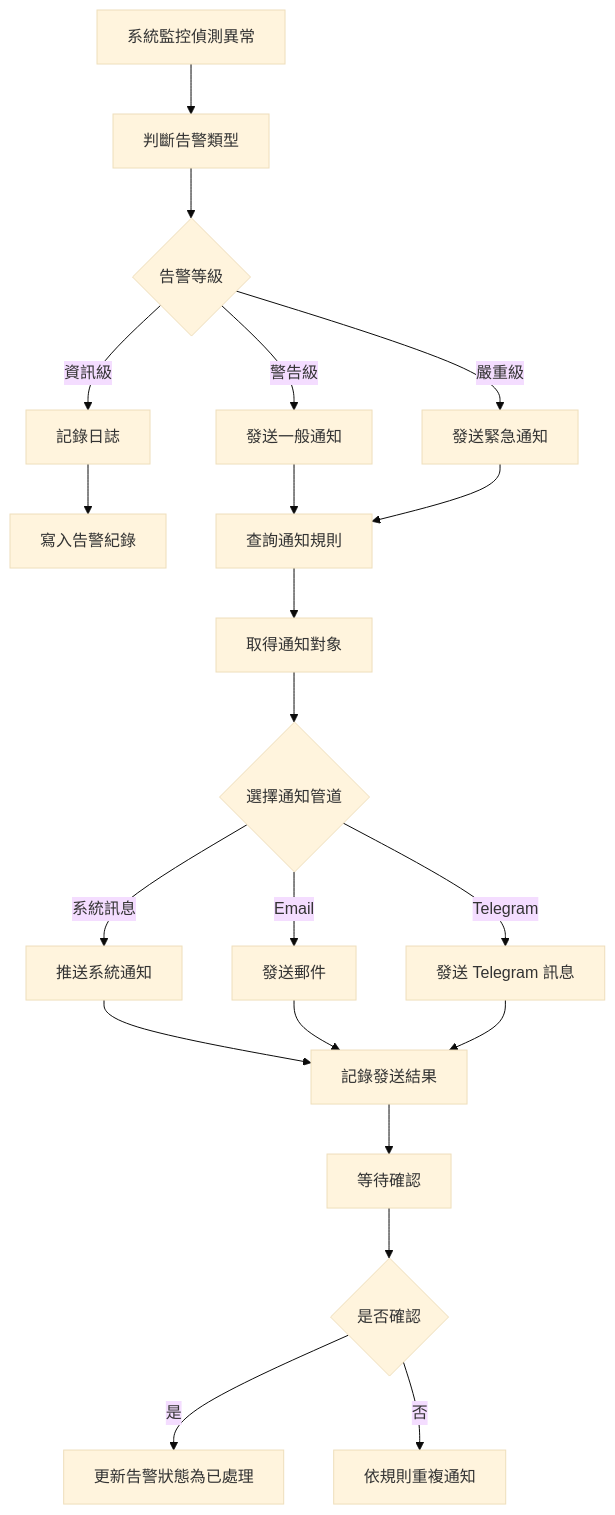
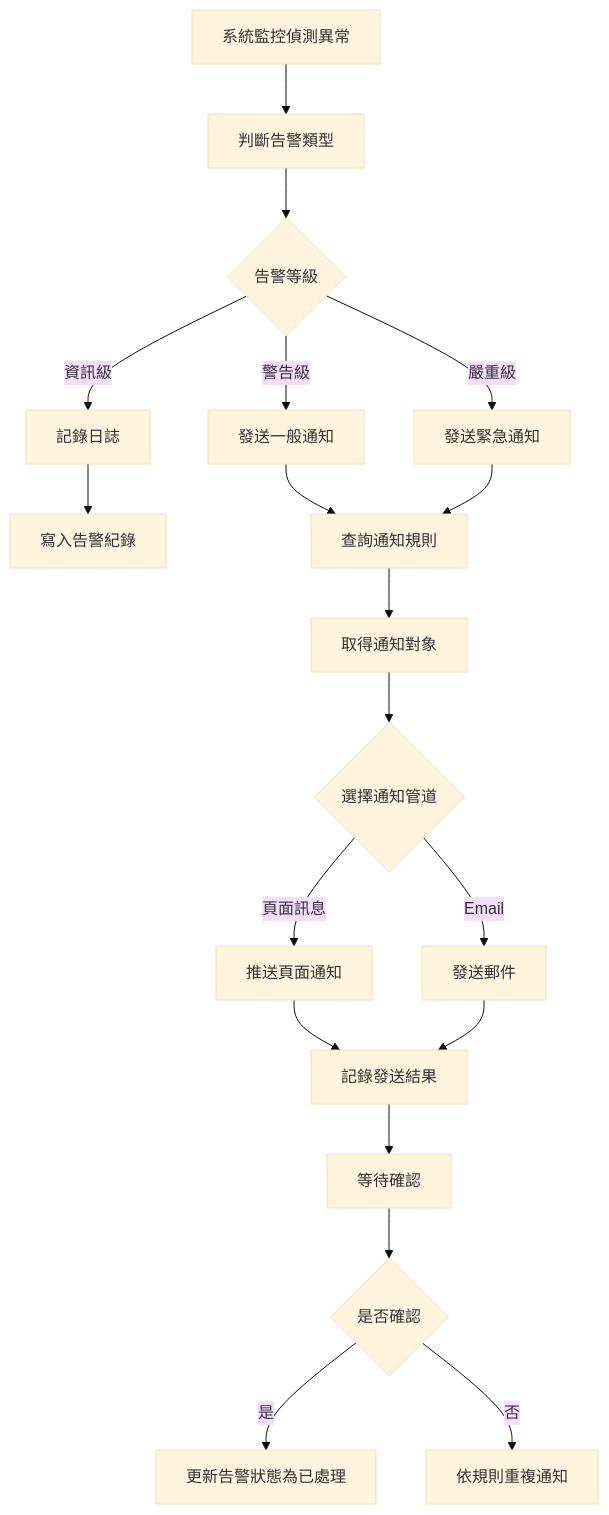
One commit to dimx9173/project_game changed diagram 11 of 17 in md/v8/遊戲平台管理系統_功能矩陣與流程圖_旗艦版.md. Above: the diagram before and after it, drawn with Mermaid (base theme). The commit also changed other lines of this file, not shown here.

````diff
--- a/md/v8/遊戲平台管理系統_功能矩陣與流程圖_旗艦版.md
+++ b/md/v8/遊戲平台管理系統_功能矩陣與流程圖_旗艦版.md
@@ -466,23 +466,21 @@
 ```mermaid
 flowchart TD
     A[系統監控偵測異常] --> B[判斷告警類型]
     B --> C{告警等級}
     C -->|資訊級| D[記錄日誌]
     C -->|警告級| E[發送一般通知]
     C -->|嚴重級| F[發送緊急通知]
     D --> G[寫入告警紀錄]
     E --> H[查詢通知規則]
     F --> H
     H --> I[取得通知對象]
     I --> J{選擇通知管道}
-    J -->|系統訊息| K[推送系統通知]
+    J -->|頁面訊息| K[推送頁面通知]
     J -->|Email| L[發送郵件]
-    J -->|Telegram| M[發送 Telegram 訊息]
     K --> N[記錄發送結果]
     L --> N
-    M --> N
     N --> O[等待確認]
     O --> P{是否確認}
     P -->|是| Q[更新告警狀態為已處理]
     P -->|否| R[依規則重複通知]
 ```
````
